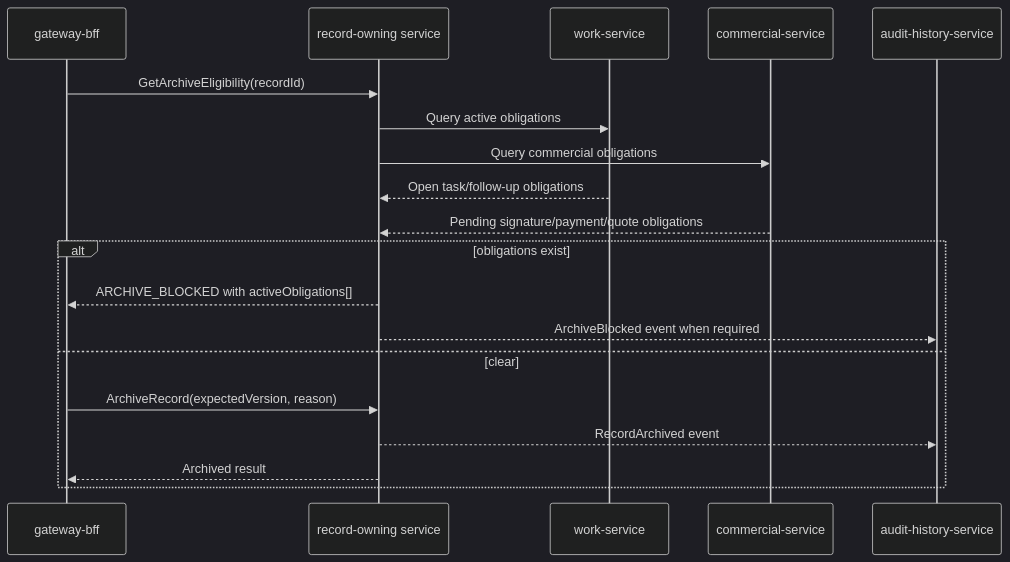
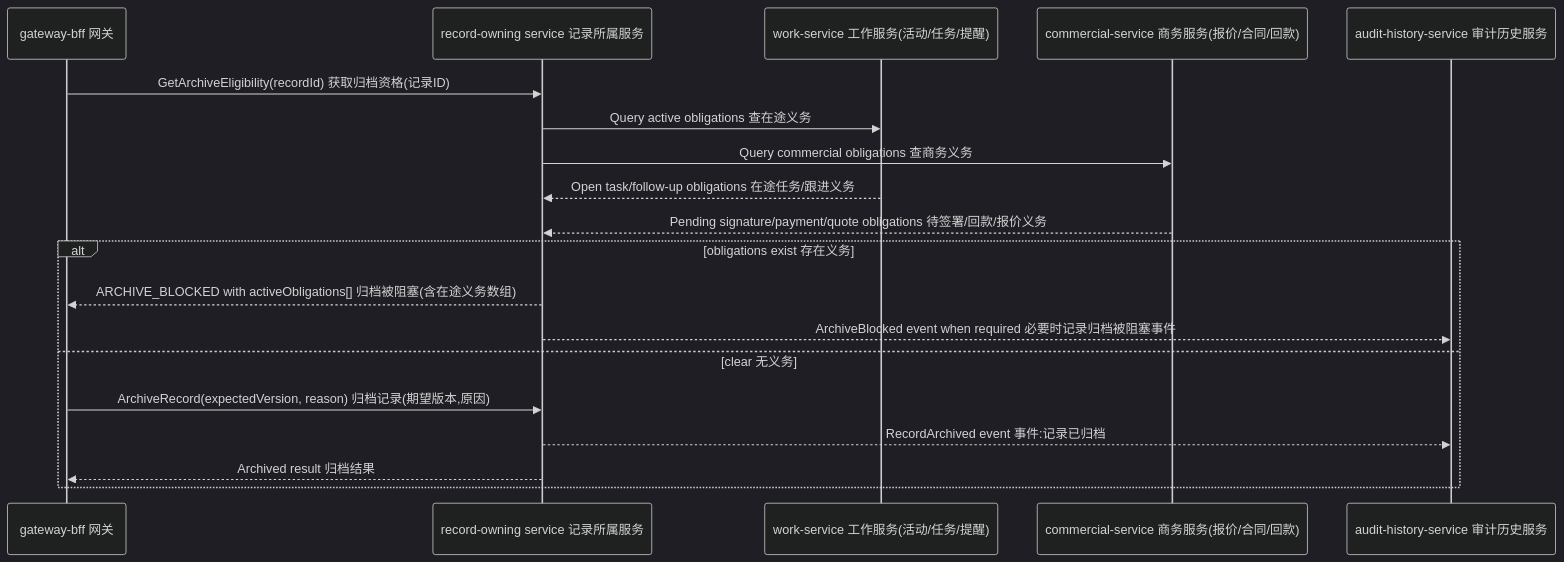
One commit to Neil996777/crm-system changed the fourth of 4 diagrams in docs/architecture/integration-design.md. Above: the diagram before and after it, drawn with Mermaid (dark theme). The commit also changed other lines of this file and 33 other files, not shown here.

````diff
--- a/docs/architecture/integration-design.md
+++ b/docs/architecture/integration-design.md
@@ -137,22 +137,22 @@
 ```mermaid
 sequenceDiagram
-  participant G as gateway-bff
-  participant R as record-owning service
-  participant W as work-service
-  participant C as commercial-service
-  participant H as audit-history-service
+  participant G as gateway-bff 网关
+  participant R as record-owning service 记录所属服务
+  participant W as work-service 工作服务(活动/任务/提醒)
+  participant C as commercial-service 商务服务(报价/合同/回款)
+  participant H as audit-history-service 审计历史服务
 
-  G->>R: GetArchiveEligibility(recordId)
-  R->>W: Query active obligations
-  R->>C: Query commercial obligations
-  W-->>R: Open task/follow-up obligations
-  C-->>R: Pending signature/payment/quote obligations
-  alt obligations exist
-    R-->>G: ARCHIVE_BLOCKED with activeObligations[]
-    R-->>H: ArchiveBlocked event when required
-  else clear
-    G->>R: ArchiveRecord(expectedVersion, reason)
-    R-->>H: RecordArchived event
-    R-->>G: Archived result
+  G->>R: GetArchiveEligibility(recordId) 获取归档资格(记录ID)
+  R->>W: Query active obligations 查在途义务
+  R->>C: Query commercial obligations 查商务义务
+  W-->>R: Open task/follow-up obligations 在途任务/跟进义务
+  C-->>R: Pending signature/payment/quote obligations 待签署/回款/报价义务
+  alt obligations exist 存在义务
+    R-->>G: ARCHIVE_BLOCKED with activeObligations[] 归档被阻塞(含在途义务数组)
+    R-->>H: ArchiveBlocked event when required 必要时记录归档被阻塞事件
+  else clear 无义务
+    G->>R: ArchiveRecord(expectedVersion, reason) 归档记录(期望版本,原因)
+    R-->>H: RecordArchived event 事件:记录已归档
+    R-->>G: Archived result 归档结果
   end
 ```
````
